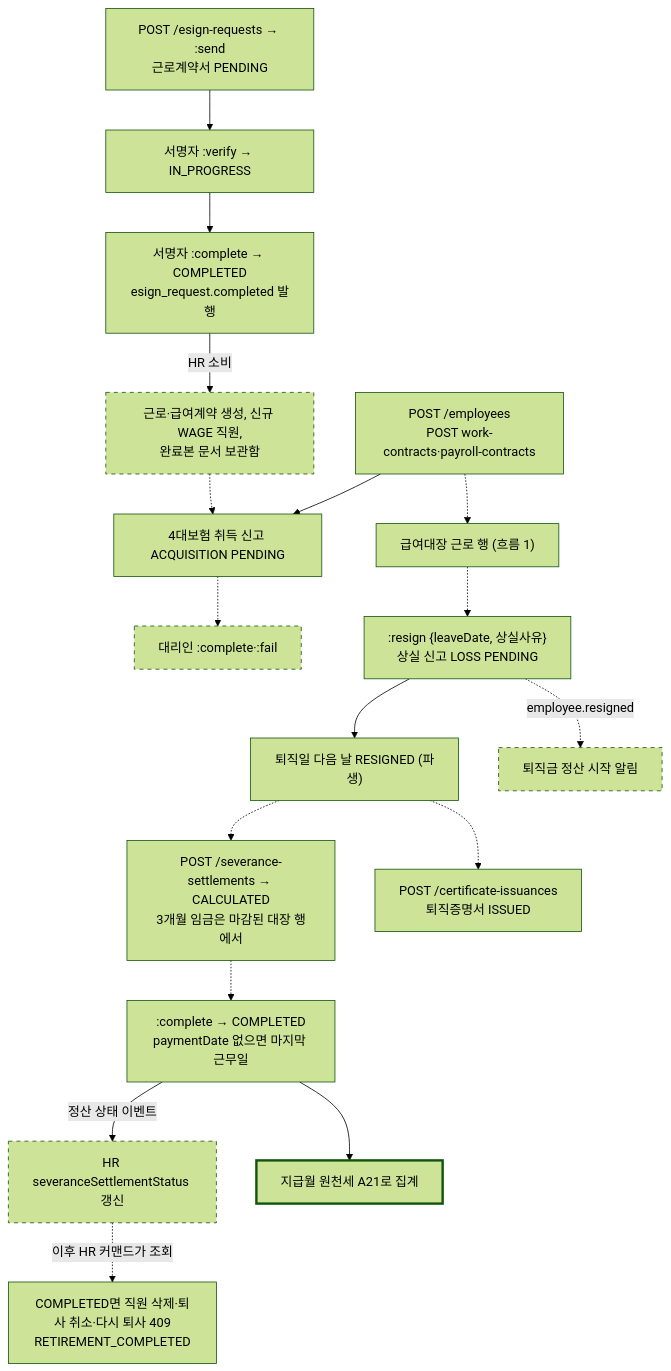
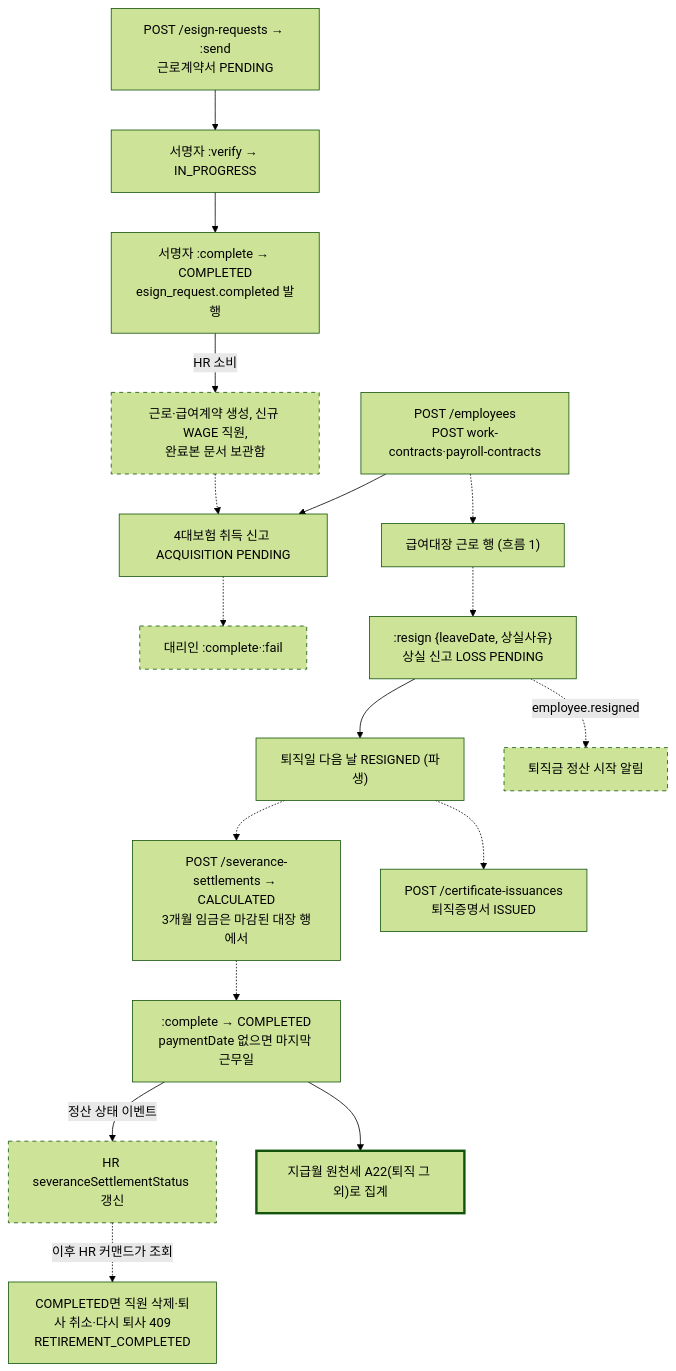
The second of 3 diagrams in docs/design/lifecycles.md (cbcruk/semu), drawn with Mermaid (forest theme) before and after one commit. The commit also changed other lines of this file and 6 other files, not shown here.

````diff
--- a/docs/design/lifecycles.md
+++ b/docs/design/lifecycles.md
@@ -93,21 +93,21 @@
 ```mermaid
 flowchart TD
   esign["POST /esign-requests → :send<br/>근로계약서 PENDING"] --> verify["서명자 :verify → IN_PROGRESS"]
   verify --> complete["서명자 :complete → COMPLETED<br/>esign_request.completed 발행"]
   complete -- "HR 소비" --> hrmake["근로·급여계약 생성, 신규 WAGE 직원,<br/>완료본 문서 보관함"]:::todo
   manual["POST /employees<br/>POST work-contracts·payroll-contracts"] --> acq["4대보험 취득 신고 ACQUISITION PENDING"]
   hrmake -.-> acq
   acq -.-> agentdo["대리인 :complete·:fail"]:::todo
   manual -.-> payroll["급여대장 근로 행 (흐름 1)"]
   payroll -.-> resign[":resign {leaveDate, 상실사유}<br/>상실 신고 LOSS PENDING"]
   resign --> resigned["퇴직일 다음 날 RESIGNED (파생)"]
   resign -. "employee.resigned" .-> start["퇴직금 정산 시작 알림"]:::todo
   resigned -.-> sev["POST /severance-settlements → CALCULATED<br/>3개월 임금은 마감된 대장 행에서"]
   sev -.-> sevdone[":complete → COMPLETED<br/>paymentDate 없으면 마지막 근무일"]
   sevdone -- "정산 상태 이벤트" --> hrstatus["HR severanceSettlementStatus 갱신"]:::todo
   hrstatus -. "이후 HR 커맨드가 조회" .-> guard["COMPLETED면 직원 삭제·퇴사 취소·다시 퇴사 409<br/>RETIREMENT_COMPLETED"]
-  sevdone --> a21["지급월 원천세 A21로 집계"]:::open
+  sevdone --> a21["지급월 원천세 A22(퇴직 그 외)로 집계"]:::open
   resigned -.-> cert["POST /certificate-issuances<br/>퇴직증명서 ISSUED"]
   classDef todo stroke-dasharray: 5 5
   classDef open stroke-width: 3px
 ```
````
